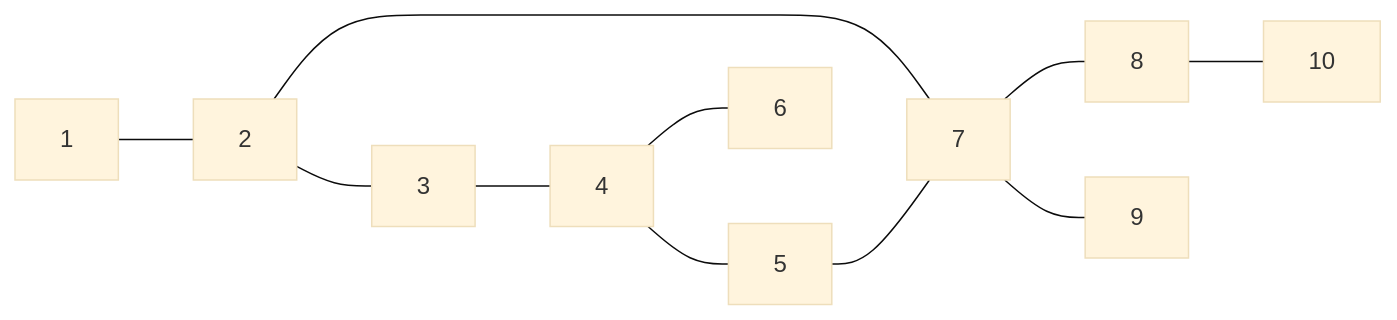
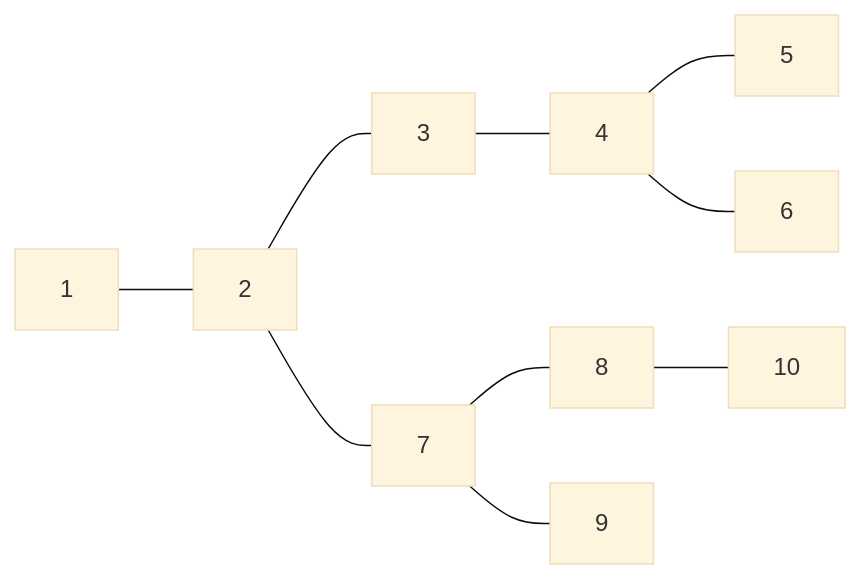
One commit to SuperSamus/appunti-universitari changed the ninth of 9 diagrams in Ricerca operativa/Problemi di ottimizzazione/Ottimizzazione grafi.md. Above: the diagram before and after it, drawn with Mermaid (base theme). The commit also changed other lines of this file and 1 other file, not shown here.

````diff
--- a/Ricerca operativa/Problemi di ottimizzazione/Ottimizzazione grafi.md
+++ b/Ricerca operativa/Problemi di ottimizzazione/Ottimizzazione grafi.md
@@ -252,7 +253,7 @@
 ```mermaid
 flowchart LR
 1 --- 2 --- 3 & 7
 3 --- 4 --- 5 & 6
-5 --- 7 --- 8 & 9
+7 --- 8 & 9
 8 --- 10
 ```
````
